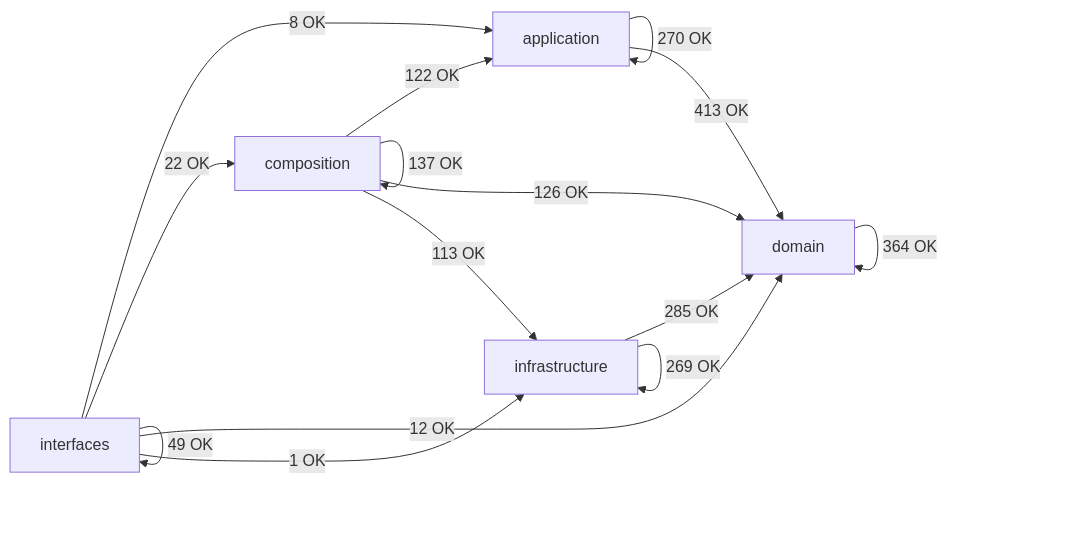
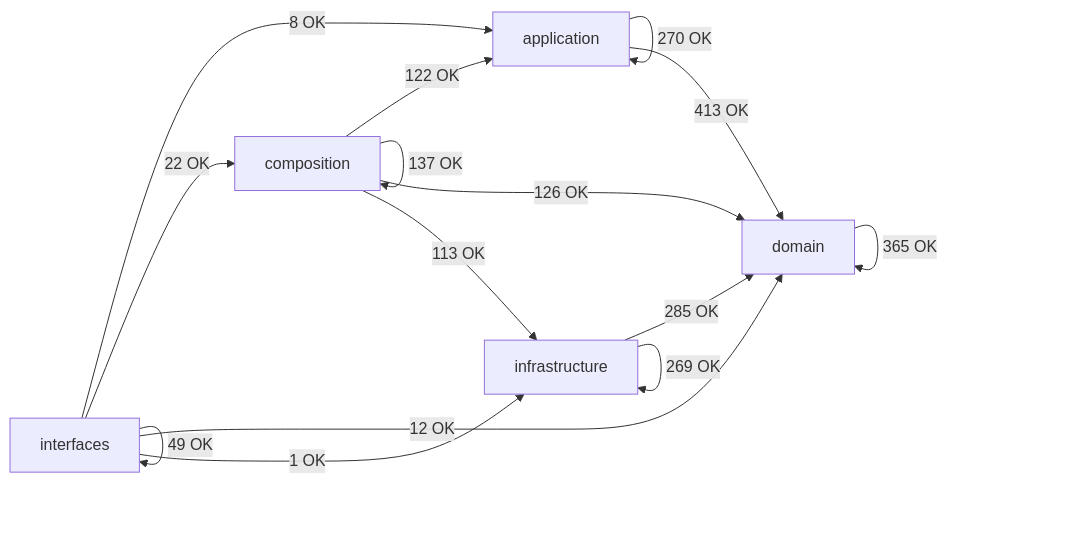
The diagram in docs/02-architecture/generated/module-dependency-map.md (SatoryKono/BioactivityDataAcquisition), drawn with Mermaid before and after one commit. The commit also changed other lines of this file and 19 other files, not shown here.

````diff
--- a/docs/02-architecture/generated/module-dependency-map.md
+++ b/docs/02-architecture/generated/module-dependency-map.md
@@ -15,22 +15,22 @@
 ```mermaid
 flowchart LR
     domain[domain]
     application[application]
     infrastructure[infrastructure]
     composition[composition]
     interfaces[interfaces]
     application -->|270 OK| application
     application -->|413 OK| domain
     composition -->|122 OK| application
     composition -->|137 OK| composition
     composition -->|126 OK| domain
     composition -->|113 OK| infrastructure
-    domain -->|364 OK| domain
+    domain -->|365 OK| domain
     infrastructure -->|285 OK| domain
     infrastructure -->|269 OK| infrastructure
     interfaces -->|8 OK| application
     interfaces -->|22 OK| composition
     interfaces -->|12 OK| domain
     interfaces -->|1 OK| infrastructure
     interfaces -->|49 OK| interfaces
 ```
````
